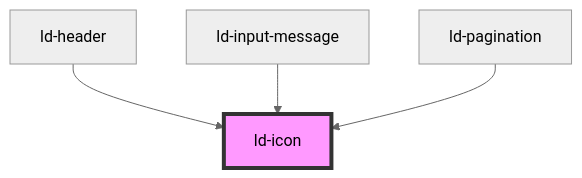
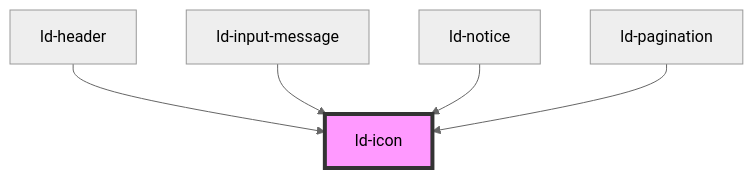
One commit to emdgroup-liquid/liquid changed the diagram in src/liquid/components/ld-icon/readme.md. Above: the diagram before and after it, drawn with Mermaid (neutral theme). The commit also changed other lines of this file and 17 other files, not shown here.

````diff
--- a/src/liquid/components/ld-icon/readme.md
+++ b/src/liquid/components/ld-icon/readme.md
@@ -281,7 +282,8 @@
 ```mermaid
 graph TD;
   ld-header --> ld-icon
   ld-input-message --> ld-icon
+  ld-notice --> ld-icon
   ld-pagination --> ld-icon
   style ld-icon fill:#f9f,stroke:#333,stroke-width:4px
 ```
````
